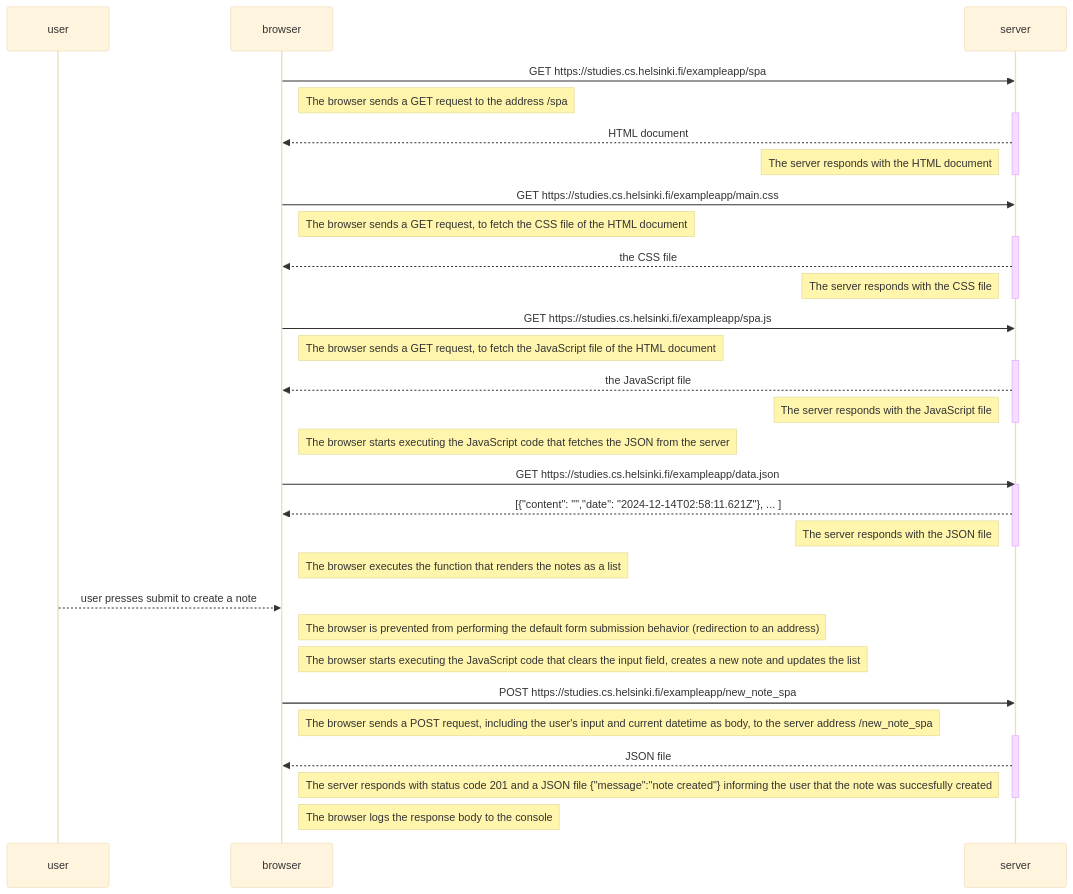
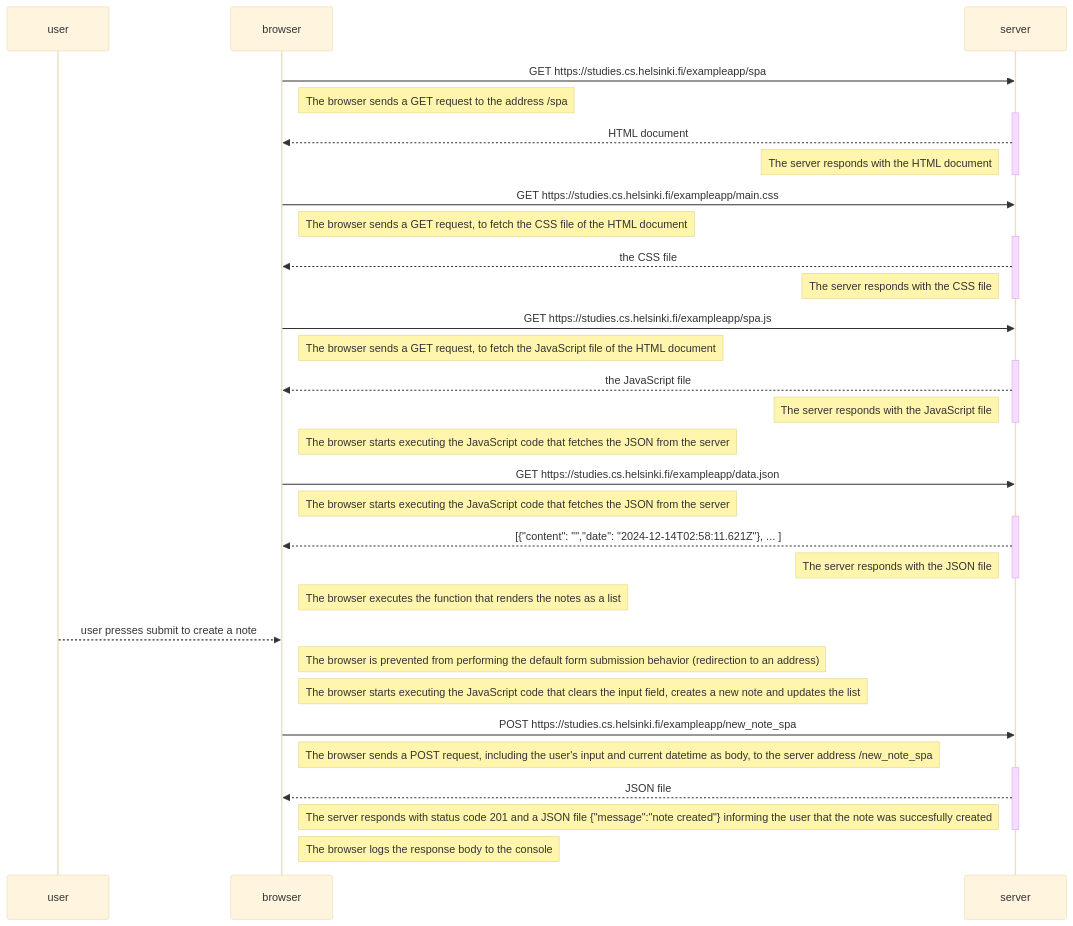
One commit to manosmin/fullstackopen changed the diagram in part0/spa.md. Above: the diagram before and after it, drawn with Mermaid (base theme).

Commit message:
part0 exercises

````diff
--- a/part0/spa.md
+++ b/part0/spa.md
@@ -1,41 +1,42 @@
 ```mermaid
 sequenceDiagram
     participant user
     participant browser
     participant server
     browser->>server: GET https://studies.cs.helsinki.fi/exampleapp/spa
     Note right of browser: The browser sends a GET request to the address /spa
     activate server
     server-->>browser: HTML document
     Note left of server: The server responds with the HTML document
     deactivate server
     browser->>server: GET https://studies.cs.helsinki.fi/exampleapp/main.css
     Note right of browser: The browser sends a GET request, to fetch the CSS file of the HTML document
     activate server
     server-->>browser: the CSS file
     Note left of server: The server responds with the CSS file
     deactivate server
     browser->>server: GET https://studies.cs.helsinki.fi/exampleapp/spa.js
     Note right of browser: The browser sends a GET request, to fetch the JavaScript file of the HTML document
     activate server
     server-->>browser: the JavaScript file
     Note left of server: The server responds with the JavaScript file
     deactivate server
     Note right of browser: The browser starts executing the JavaScript code that fetches the JSON from the server
     browser->>server: GET https://studies.cs.helsinki.fi/exampleapp/data.json
+    Note right of browser: The browser starts executing the JavaScript code that fetches the JSON from the server
     activate server
     server-->>browser: [{"content": "","date": "2024-12-14T02:58:11.621Z"}, ... ]
     Note left of server: The server responds with the JSON file
     deactivate server
     Note right of browser: The browser executes the function that renders the notes as a list
     user-->>browser: user presses submit to create a note
     Note right of browser: The browser is prevented from performing the default form submission behavior (redirection to an address)
     Note right of browser: The browser starts executing the JavaScript code that clears the input field, creates a new note and updates the list
     browser->>server: POST https://studies.cs.helsinki.fi/exampleapp/new_note_spa
     Note right of browser: The browser sends a POST request, including the user's input and current datetime as body, to the server address /new_note_spa
     activate server
     server-->>browser: JSON file
     Note left of server: The server responds with status code 201 and a JSON file {"message":"note created"} informing the user that the note was succesfully created
     deactivate server
     Note right of browser: The browser logs the response body to the console
 ```
````
